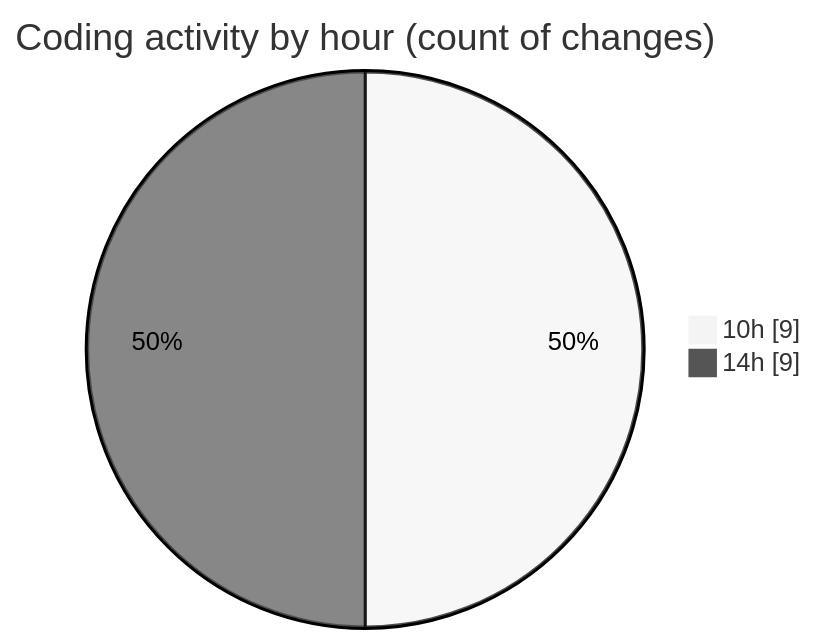
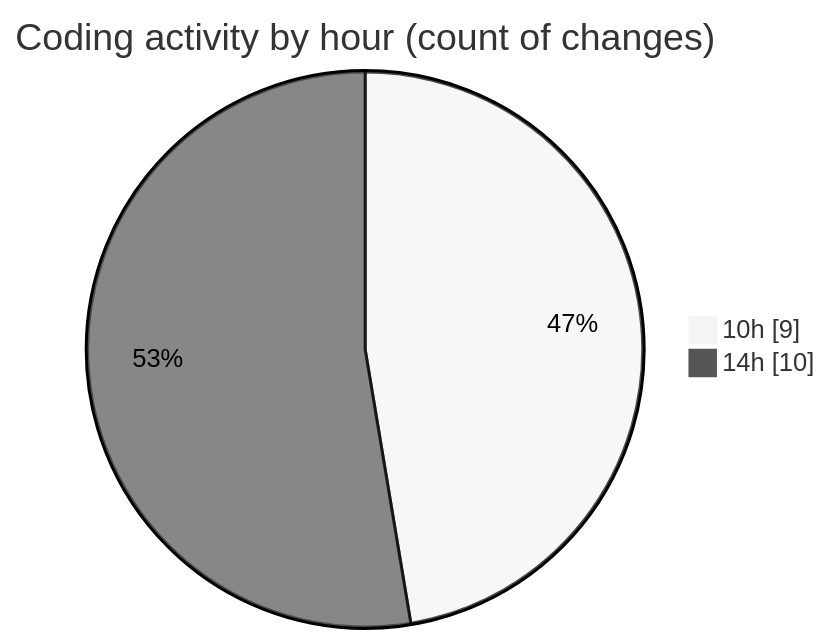
Before and after one commit to nxtqubesakshisongat/code-tracking: the second of 2 diagrams in 2026-02-26/nxtqube_webapp/README.md, drawn with Mermaid (neutral theme). The commit also changed other lines of this file and 1 other file, not shown here.

````diff
--- a/2026-02-26/nxtqube_webapp/README.md
+++ b/2026-02-26/nxtqube_webapp/README.md
@@ -39,6 +40,6 @@
 ```mermaid
 pie showData
 title Coding activity by hour (count of changes)
 "10h" : 9
-"14h" : 9
+"14h" : 10
 ```
````
